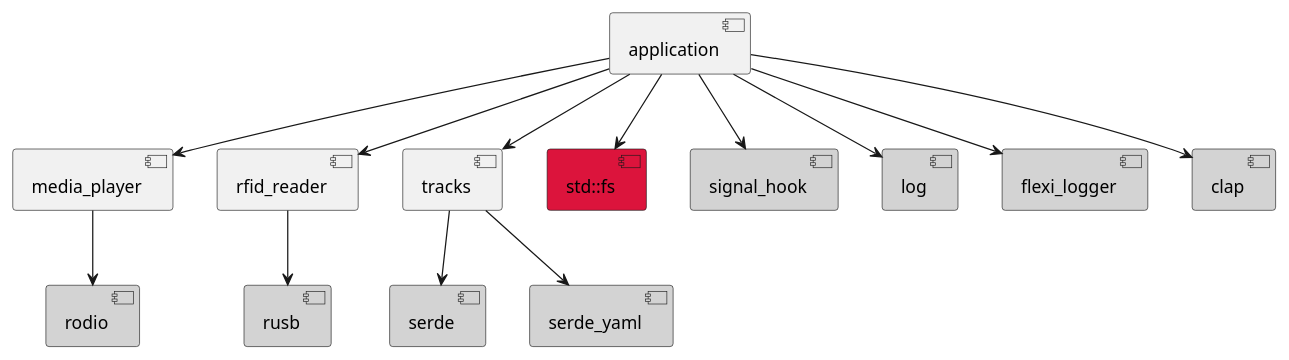
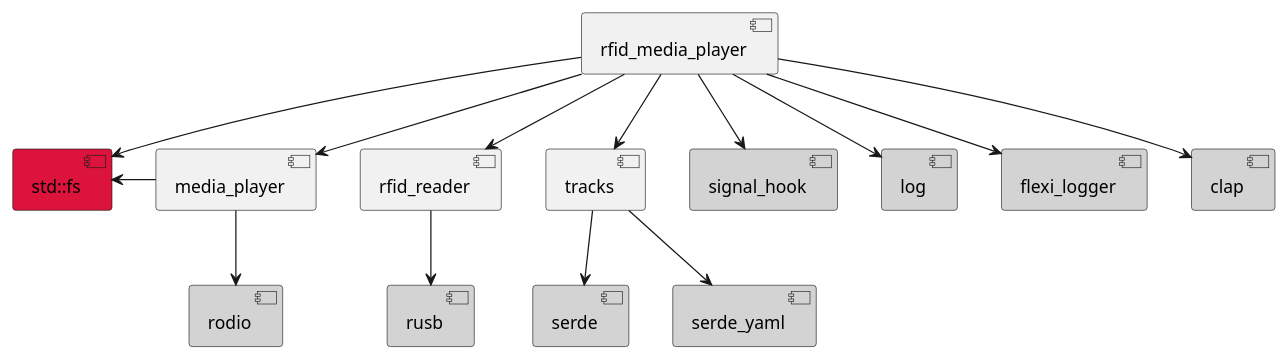
The first of 3 diagrams in Readme.md (rusty-octopus/rfid_media_player), drawn with PlantUML before and after one commit. The commit also changed other lines of this file and 9 other files, not shown here.

Commit message:
Documentation of workspace & rfid_media_player.

````diff
--- a/Readme.md
+++ b/Readme.md
@@ -26,29 +41,30 @@
 ```plantuml
-component application
+component rfid_media_player
 component media_player
 component rfid_reader
 component tracks
 component "std::fs" as file #Crimson
 component signal_hook #LightGrey
 component log #LightGrey
 component flexi_logger #LightGrey
 component rusb #LightGrey
 component rodio #LightGrey
 component serde #LightGrey
 component serde_yaml #LightGrey
 component clap #LightGrey
 
-application -down-> rfid_reader
-application -down-> media_player
-application -down-> file
-application -down-> signal_hook
-application -down-> tracks
-application -down-> clap
-application -down-> log
-application -down-> flexi_logger
+rfid_media_player -down-> rfid_reader
+rfid_media_player -down-> media_player
+rfid_media_player -down-> file
+rfid_media_player -down-> signal_hook
+rfid_media_player -down-> tracks
+rfid_media_player -down-> clap
+rfid_media_player -down-> log
+rfid_media_player -down-> flexi_logger
 media_player -down-> rodio
+media_player -left-> file
 rfid_reader -down-> rusb
 tracks -down-> serde
 tracks -down-> serde_yaml
 
 ```
````
